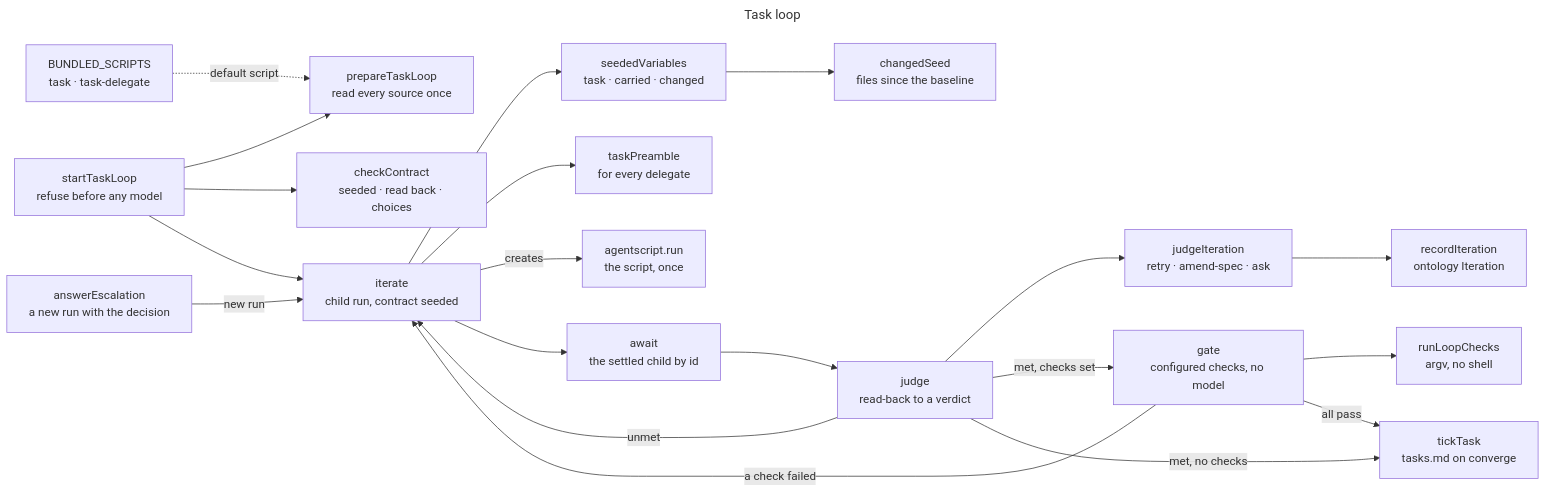
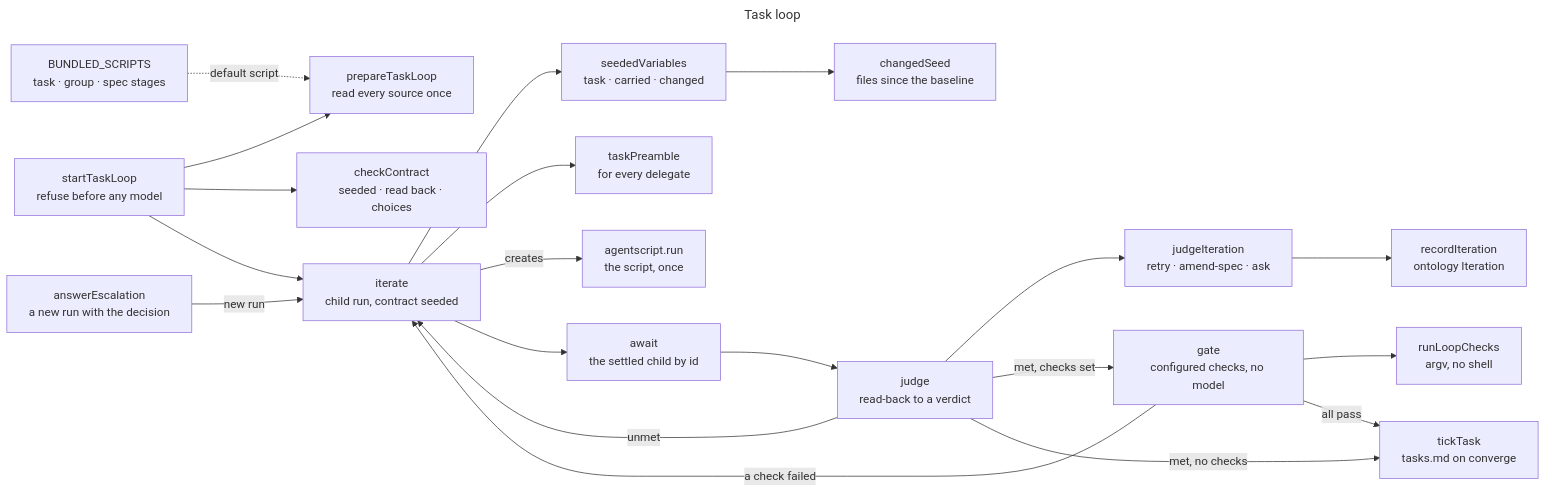
One commit to jtaylorcpp/specsesh-agent changed the diagram in blueprint/task-loop.mmd. Above: the diagram before and after it, drawn with Mermaid. The commit also changed 56 other files, not shown here.

First line of the commit message:
remove-claude-code-delegate: Claude Code is model access only

```diff
--- a/blueprint/task-loop.mmd
+++ b/blueprint/task-loop.mmd
@@ -1,59 +1,59 @@
 ---
 title: Task loop
 ---
 flowchart LR
   start[startTaskLoop<br/>refuse before any model]
   prepare[prepareTaskLoop<br/>read every source once]
   contract[checkContract<br/>seeded · read back · choices]
   iterate[iterate<br/>child run, contract seeded]
   seed[seededVariables<br/>task · carried · changed]
   changed[changedSeed<br/>files since the baseline]
   preamble[taskPreamble<br/>for every delegate]
-  scripts[BUNDLED_SCRIPTS<br/>task · task-delegate]
+  scripts[BUNDLED_SCRIPTS<br/>task · group · spec stages]
   run[agentscript.run<br/>the script, once]
   await[await<br/>the settled child by id]
   judge[judge<br/>read-back to a verdict]
   judgeit[judgeIteration<br/>retry · amend-spec · ask]
   record[recordIteration<br/>ontology Iteration]
   gate[gate<br/>configured checks, no model]
   checks[runLoopChecks<br/>argv, no shell]
   tick[tickTask<br/>tasks.md on converge]
   answer[answerEscalation<br/>a new run with the decision]
 
   start --> prepare
   start --> contract
   start --> iterate
   scripts -.->|default script| prepare
   iterate --> seed
   seed --> changed
   iterate --> preamble
   iterate -->|creates| run
   iterate --> await
   await --> judge
   judge --> judgeit
   judgeit --> record
   judge -->|unmet| iterate
   judge -->|met, checks set| gate
   judge -->|met, no checks| tick
   gate --> checks
   gate -->|a check failed| iterate
   gate -->|all pass| tick
   answer -->|new run| iterate
 
-  %% code: start packages/agent/src/task/start.ts:79
+  %% code: start packages/agent/src/task/start.ts:86
   %% code: prepare packages/agent/src/task/start.ts:28
   %% code: contract packages/agent/src/task/contract.ts:100
   %% code: iterate packages/agent/src/task/loop.ts:179
   %% code: seed packages/agent/src/task/loop.ts:71
   %% code: changed packages/agent/src/task/changed.ts:68
   %% code: preamble packages/agent/src/task/preamble.ts:27
-  %% code: scripts packages/agent/src/task/options.ts:61
+  %% code: scripts packages/agent/src/task/options.ts:66
   %% code: run packages/agent/src/durable/extension.ts:573
   %% code: await packages/agent/src/task/loop.ts:228
   %% code: judge packages/agent/src/task/loop.ts:246
   %% code: judgeit packages/agent/src/task/judge.ts:20
   %% code: record packages/agent/src/task/iteration.ts:130
   %% code: gate packages/agent/src/task/loop.ts:133
   %% code: checks packages/agent/src/task/checks.ts:29
   %% code: tick packages/agent/src/task/tick.ts:16
   %% code: answer packages/agent/src/task/answer.ts:81
```
